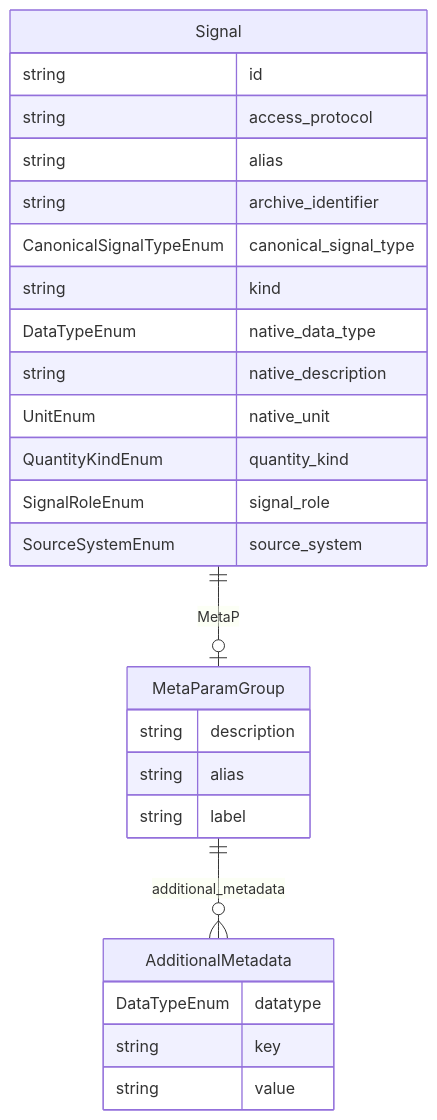
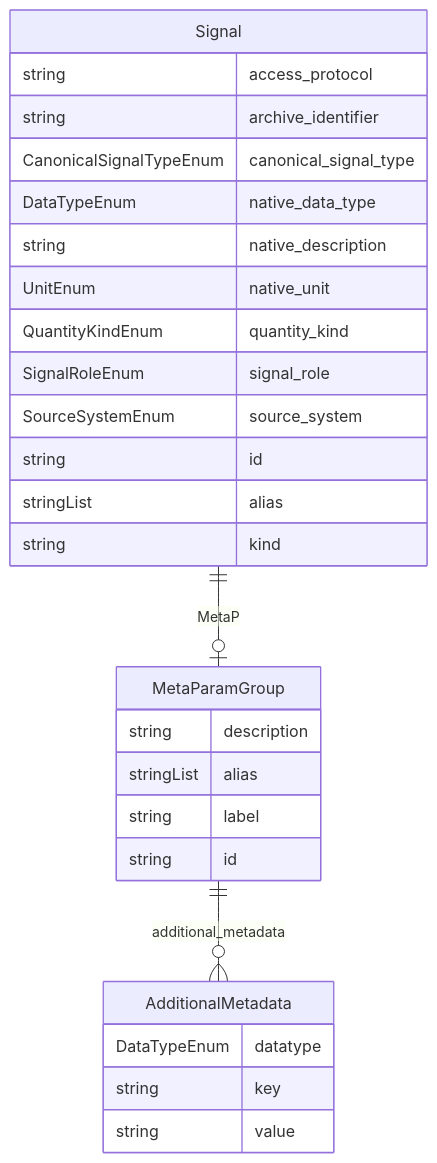
The diagram in docs/elements/classes/Signal.md (pals-project/pals-facility-config), drawn with Mermaid before and after one commit. The commit also changed other lines of this file and 499 other files, not shown here.

````diff
--- a/docs/elements/classes/Signal.md
+++ b/docs/elements/classes/Signal.md
@@ -15,31 +15,32 @@
 ```mermaid
 erDiagram
 AdditionalMetadata {
     DataTypeEnum datatype  
     string key  
     string value  
 }
 MetaParamGroup {
     string description  
-    string alias  
+    stringList alias  
     string label  
+    string id  
 }
 Signal {
-    string id  
     string access_protocol  
-    string alias  
     string archive_identifier  
     CanonicalSignalTypeEnum canonical_signal_type  
-    string kind  
     DataTypeEnum native_data_type  
     string native_description  
     UnitEnum native_unit  
     QuantityKindEnum quantity_kind  
     SignalRoleEnum signal_role  
     SourceSystemEnum source_system  
+    string id  
+    stringList alias  
+    string kind  
 }
 
 MetaParamGroup ||--}o AdditionalMetadata : "additional_metadata"
 Signal ||--|o MetaParamGroup : "MetaP"
 
 ```
````
